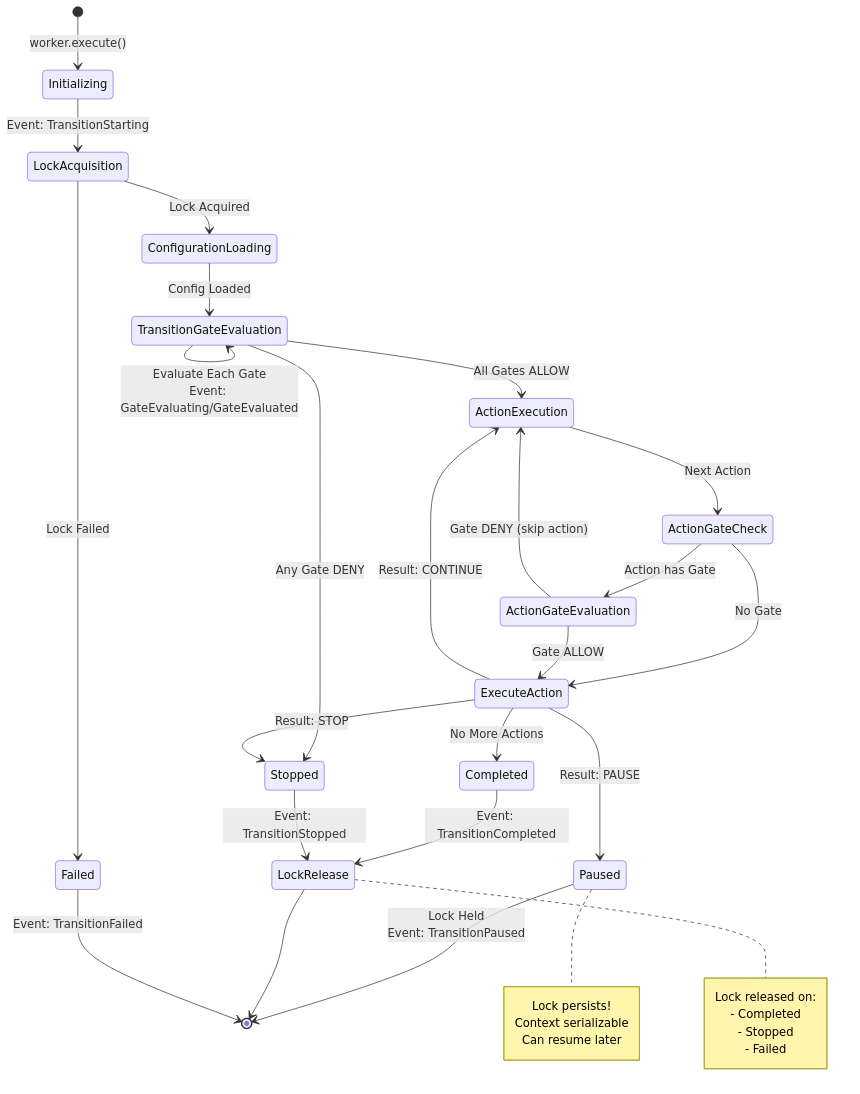
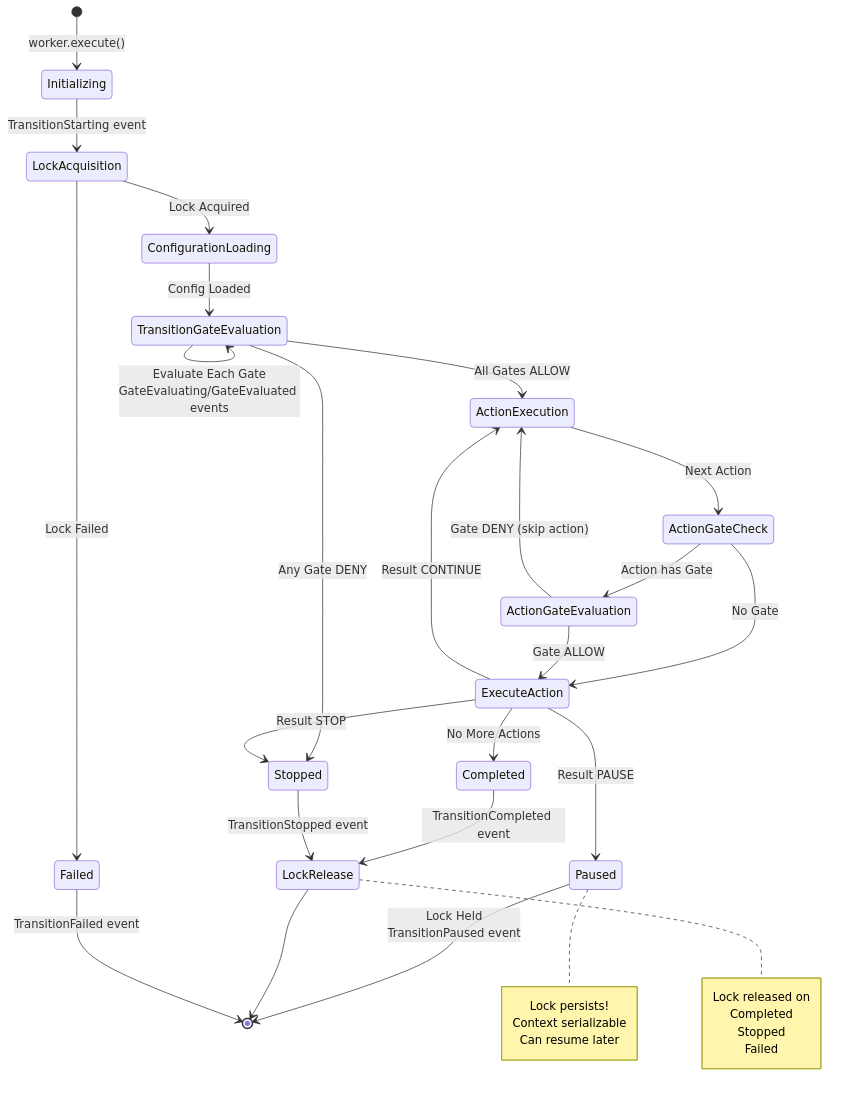
The second of 8 diagrams in docs/diagrams.md (benrowe/stateflow), drawn with Mermaid before and after one commit. The commit also changed other lines of this file and 6 other files, not shown here.

````diff
--- a/docs/diagrams.md
+++ b/docs/diagrams.md
@@ -64,48 +64,48 @@
 ```mermaid
 stateDiagram-v2
     [*] --> Initializing: worker.execute()
 
-    Initializing --> LockAcquisition: Event: TransitionStarting
+    Initializing --> LockAcquisition: TransitionStarting event
 
     LockAcquisition --> ConfigurationLoading: Lock Acquired
     LockAcquisition --> Failed: Lock Failed
 
     ConfigurationLoading --> TransitionGateEvaluation: Config Loaded
 
-    TransitionGateEvaluation --> TransitionGateEvaluation: Evaluate Each Gate<br/>Event: GateEvaluating/GateEvaluated
+    TransitionGateEvaluation --> TransitionGateEvaluation: Evaluate Each Gate<br/>GateEvaluating/GateEvaluated events
     TransitionGateEvaluation --> ActionExecution: All Gates ALLOW
     TransitionGateEvaluation --> Stopped: Any Gate DENY
 
     ActionExecution --> ActionGateCheck: Next Action
 
     ActionGateCheck --> ActionGateEvaluation: Action has Gate
     ActionGateCheck --> ExecuteAction: No Gate
 
     ActionGateEvaluation --> ExecuteAction: Gate ALLOW
     ActionGateEvaluation --> ActionExecution: Gate DENY (skip action)
 
-    ExecuteAction --> ActionExecution: Result: CONTINUE
-    ExecuteAction --> Paused: Result: PAUSE
-    ExecuteAction --> Stopped: Result: STOP
+    ExecuteAction --> ActionExecution: Result CONTINUE
+    ExecuteAction --> Paused: Result PAUSE
+    ExecuteAction --> Stopped: Result STOP
     ExecuteAction --> Completed: No More Actions
 
-    Completed --> LockRelease: Event: TransitionCompleted
-    Stopped --> LockRelease: Event: TransitionStopped
-    Paused --> [*]: Lock Held<br/>Event: TransitionPaused
+    Completed --> LockRelease: TransitionCompleted event
+    Stopped --> LockRelease: TransitionStopped event
+    Paused --> [*]: Lock Held<br/>TransitionPaused event
 
     LockRelease --> [*]
-    Failed --> [*]: Event: TransitionFailed
+    Failed --> [*]: TransitionFailed event
 
     note right of Paused
         Lock persists!
         Context serializable
         Can resume later
     end note
 
     note right of LockRelease
-        Lock released on:
-        - Completed
-        - Stopped
-        - Failed
+        Lock released on
+        Completed
+        Stopped
+        Failed
     end note
 ```
````
